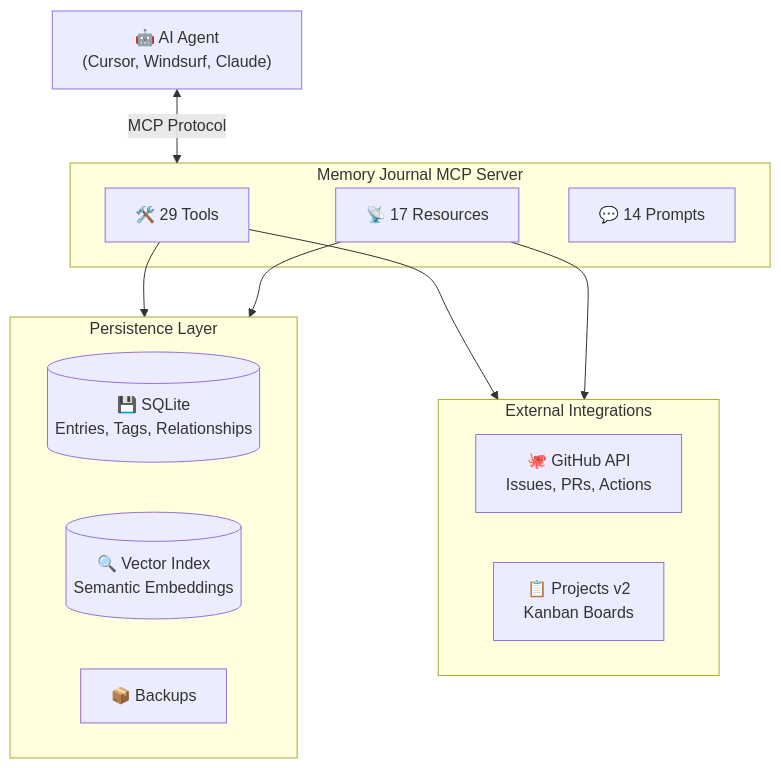
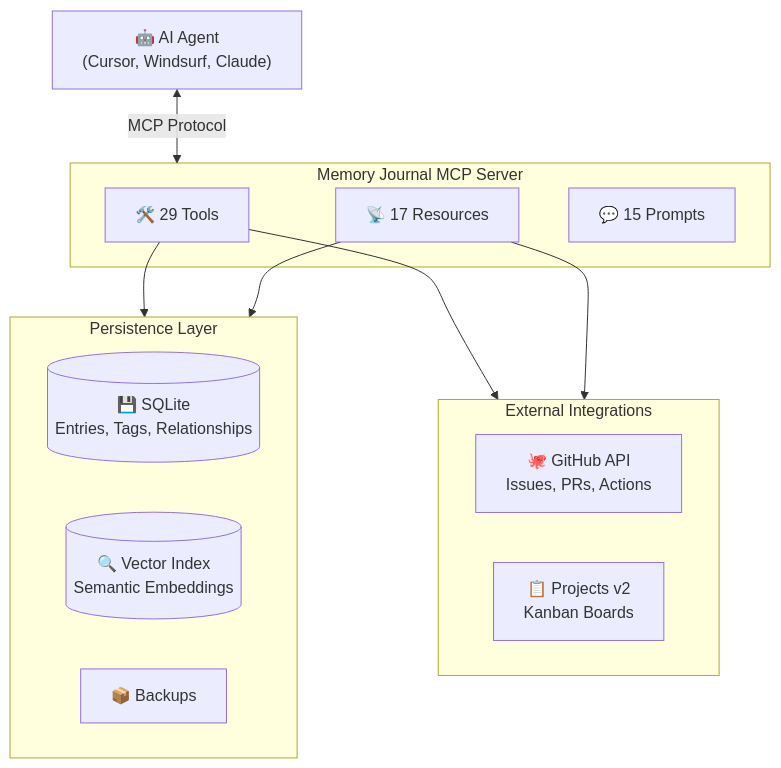
Before and after one commit to neverinfamous/memory-journal-mcp: the second of 2 diagrams in README.md, drawn with Mermaid. The commit also changed other lines of this file and 5 other files, not shown here.

````diff
--- a/README.md
+++ b/README.md
@@ -326,27 +327,27 @@
 ```mermaid
 flowchart TB
     AI["🤖 AI Agent<br/>(Cursor, Windsurf, Claude)"]
     
     subgraph MCP["Memory Journal MCP Server"]
         Tools["🛠️ 29 Tools"]
         Resources["📡 17 Resources"]
-        Prompts["💬 14 Prompts"]
+        Prompts["💬 15 Prompts"]
     end
     
     subgraph Storage["Persistence Layer"]
         SQLite[("💾 SQLite<br/>Entries, Tags, Relationships")]
         Vector[("🔍 Vector Index<br/>Semantic Embeddings")]
         Backups["📦 Backups"]
     end
     
     subgraph External["External Integrations"]
         GitHub["🐙 GitHub API<br/>Issues, PRs, Actions"]
         Kanban["📋 Projects v2<br/>Kanban Boards"]
     end
     
     AI <-->|"MCP Protocol"| MCP
     Tools --> Storage
     Tools --> External
     Resources --> Storage
     Resources --> External
 ```
````
